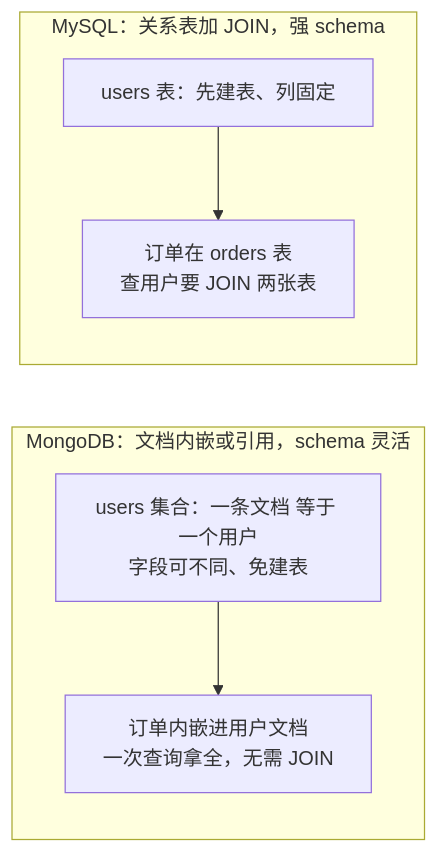
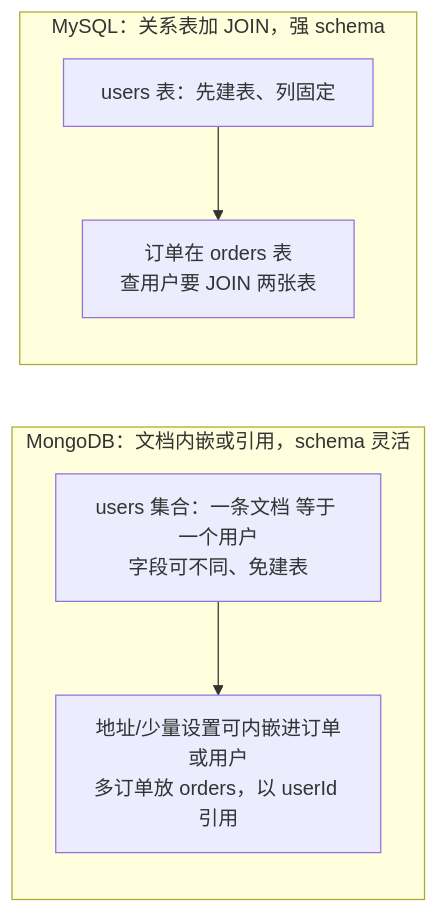
One commit to CrazyForks/java-full-stack changed the first of 3 diagrams in docs/08-阶段八-数据库专家/05-MongoDB.md. Above: the diagram before and after it, drawn with Mermaid. The commit also changed other lines of this file and 58 other files, not shown here.

````diff
--- a/docs/08-阶段八-数据库专家/05-MongoDB.md
+++ b/docs/08-阶段八-数据库专家/05-MongoDB.md
@@ -76,13 +76,13 @@
 ```mermaid
 flowchart LR
     subgraph Mongo["MongoDB：文档内嵌或引用，schema 灵活"]
         M1["users 集合：一条文档 等于 一个用户<br/>字段可不同、免建表"]
-        M2["订单内嵌进用户文档<br/>一次查询拿全，无需 JOIN"]
+        M2["地址/少量设置可内嵌进订单或用户<br/>多订单放 orders，以 userId 引用"]
     end
     subgraph MySQL["MySQL：关系表加 JOIN，强 schema"]
         S1["users 表：先建表、列固定"]
         S2["订单在 orders 表<br/>查用户要 JOIN 两张表"]
     end
     M1 --> M2
     S1 --> S2
 ```
````
